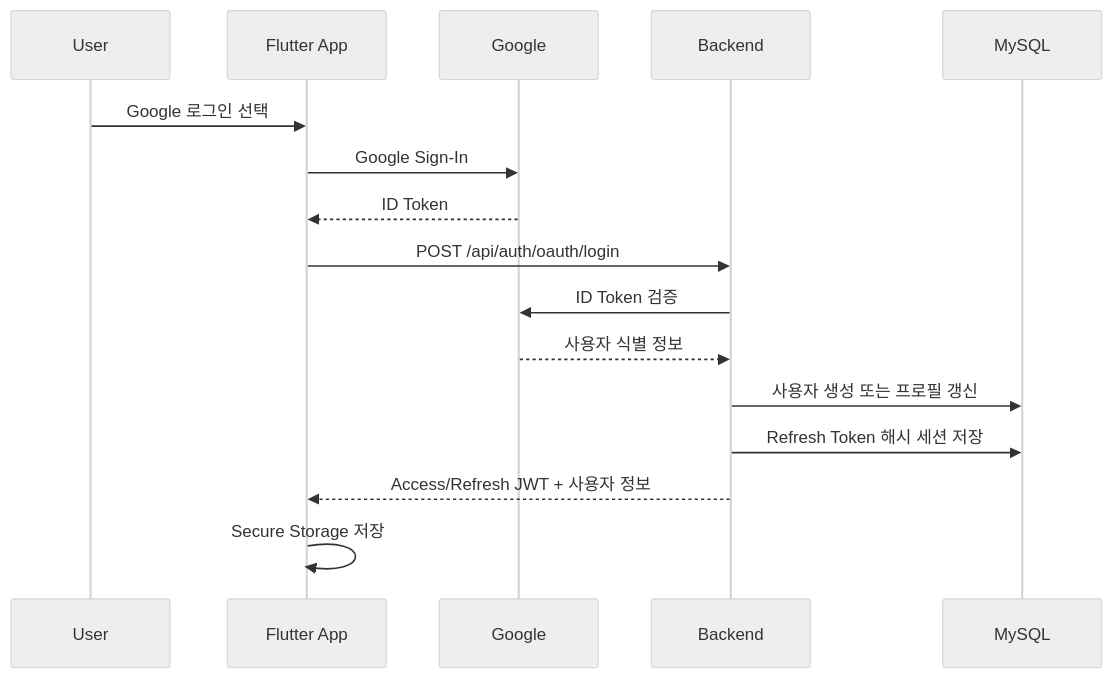
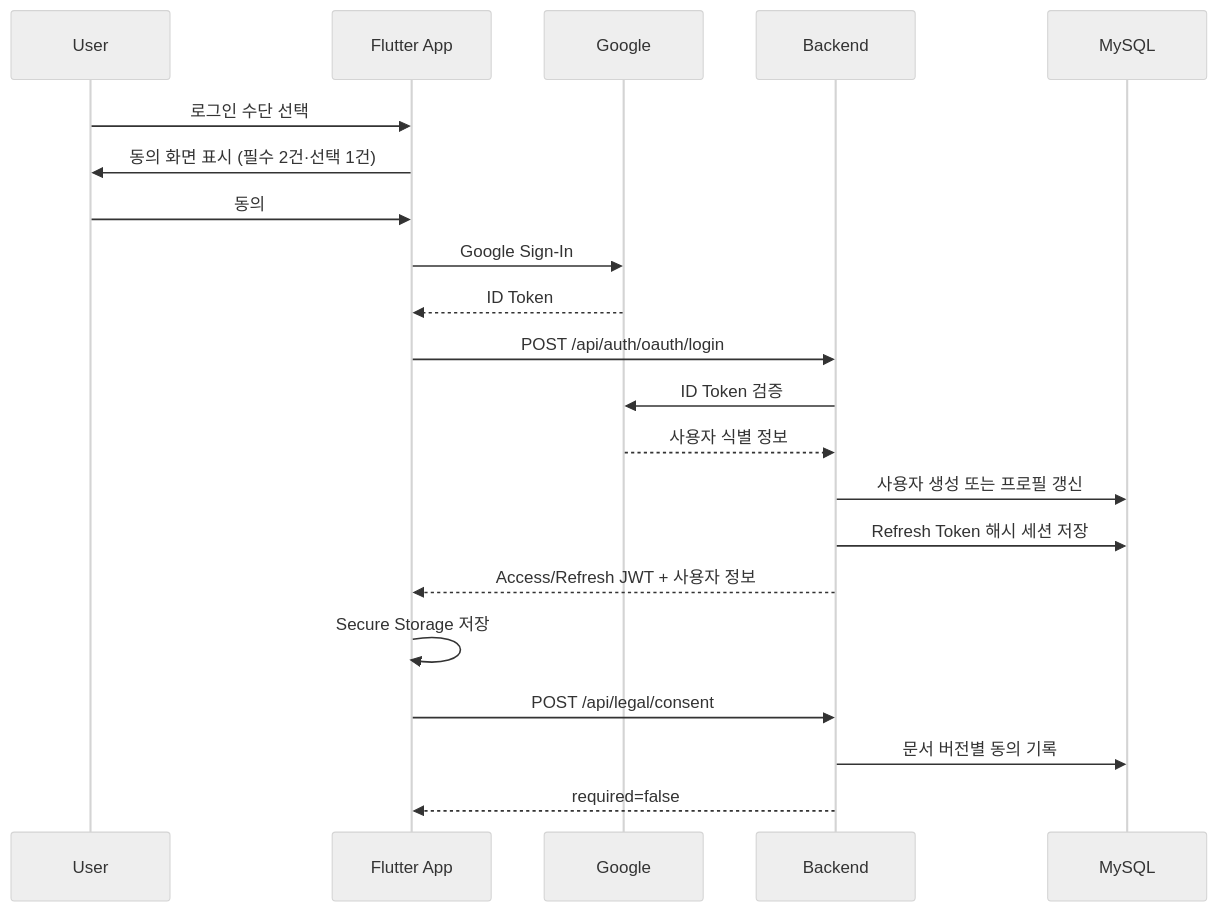
The first of 2 diagrams in docs/architecture/authentication-flow.md (byeok99/LingKo), drawn with Mermaid (neutral theme) before and after one commit. The commit also changed other lines of this file and 15 other files, not shown here.

````diff
--- a/docs/architecture/authentication-flow.md
+++ b/docs/architecture/authentication-flow.md
@@ -5,19 +5,24 @@
 ```mermaid
 sequenceDiagram
     participant U as User
     participant A as Flutter App
     participant G as Google
     participant B as Backend
     participant D as MySQL
 
-    U->>A: Google 로그인 선택
+    U->>A: 로그인 수단 선택
+    A->>U: 동의 화면 표시 (필수 2건·선택 1건)
+    U->>A: 동의
     A->>G: Google Sign-In
     G-->>A: ID Token
     A->>B: POST /api/auth/oauth/login
     B->>G: ID Token 검증
     G-->>B: 사용자 식별 정보
     B->>D: 사용자 생성 또는 프로필 갱신
     B->>D: Refresh Token 해시 세션 저장
     B-->>A: Access/Refresh JWT + 사용자 정보
     A->>A: Secure Storage 저장
+    A->>B: POST /api/legal/consent
+    B->>D: 문서 버전별 동의 기록
+    B-->>A: required=false
 ```
````
